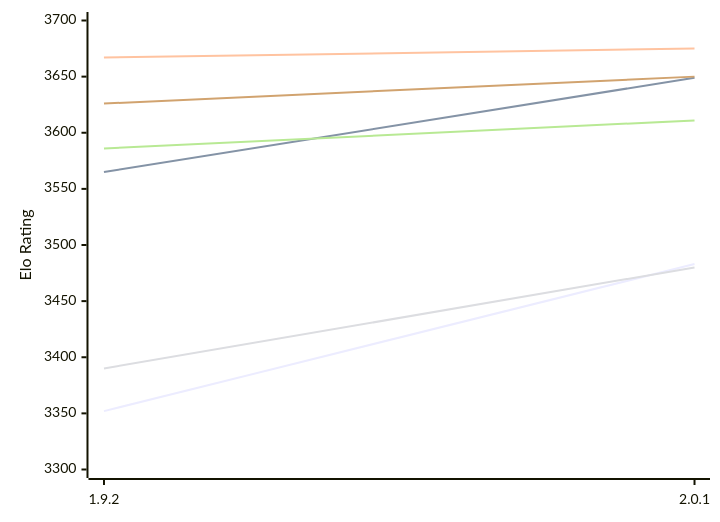
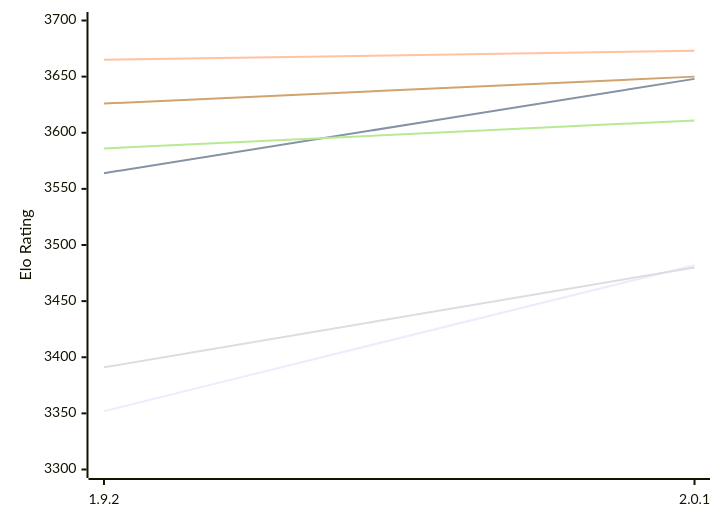
Before and after one commit to computer-chess-index/cci: the first of 2 diagrams in engines/Pawnocchio.md, drawn with Mermaid. The commit also changed other lines of this file, not shown here.

Commit message:
Update CCI Ratings (ELO VLTC) - 2026-11-28

````diff
--- a/engines/Pawnocchio.md
+++ b/engines/Pawnocchio.md
@@ -52,12 +52,12 @@
 ```mermaid
 %%{init: {"theme":"base","themeVariables":{"seriesColors:['#a3a3a3','#222221','#faa371']}}}%%
 xychart-beta
   x-axis ["1.9.2", "2.0.1"]
   y-axis "Elo Rating" 3300 --> 3700
-  line "E1: STC (8.0+0.08s)" [3352, 3483]
-  line "E1: LTC (60.0+0.60s)" [3565, 3649]
-  line "E1: VLTC (2m24s+1.12s)" [3667, 3675]
-  line "P1: STC (8.0+0.08s)" [3390, 3480]
+  line "E1: STC (8.0+0.08s)" [3352, 3482]
+  line "E1: LTC (60.0+0.60s)" [3564, 3648]
+  line "E1: VLTC (2m24s+1.12s)" [3665, 3673]
+  line "P1: STC (8.0+0.08s)" [3391, 3480]
   line "P1: LTC (60.0+0.60s)" [3586, 3611]
   line "P1: VLTC (2m24s+1.12s)" [3626, 3650]
 ```
````
